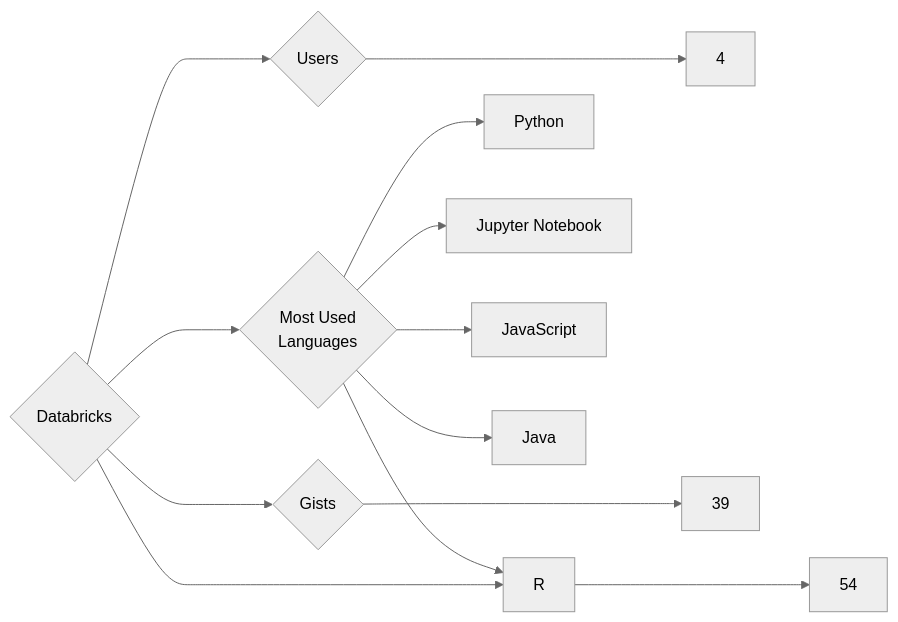
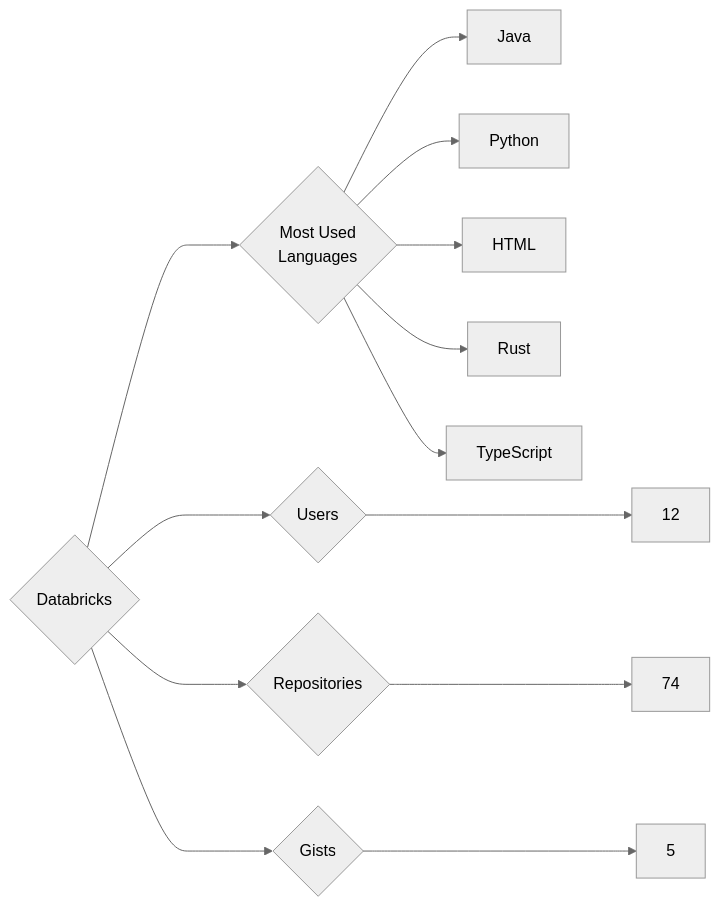
The diagram in targets/Databricks/README.md (trickest/insiders), drawn with Mermaid (neutral theme) before and after one commit. The commit also changed 1167 other files, not shown here.

````diff
--- a/targets/Databricks/README.md
+++ b/targets/Databricks/README.md
@@ -3,13 +3,13 @@
 ```mermaid
 graph LR
 COMPANY_NAME{Databricks}
-COMPANY_NAME ---> U{Users} ---> UN[4]
-COMPANY_NAME ---> R{Repositories} ---> RN[54]
-COMPANY_NAME ---> G{Gists} ---> GN[39]
+COMPANY_NAME ---> U{Users} ---> UN[12]
+COMPANY_NAME ---> R{Repositories} ---> RN[74]
+COMPANY_NAME ---> G{Gists} ---> GN[5]
 COMPANY_NAME ---> ML{Most Used<br>Languages}
+ML --> Java[Java]
 ML --> Python[Python]
-ML --> Jupyter_Notebook[Jupyter Notebook]
-ML --> JavaScript[JavaScript]
-ML --> Java[Java]
-ML --> R[R]
+ML --> HTML[HTML]
+ML --> Rust[Rust]
+ML --> TypeScript[TypeScript]
 ```
````
